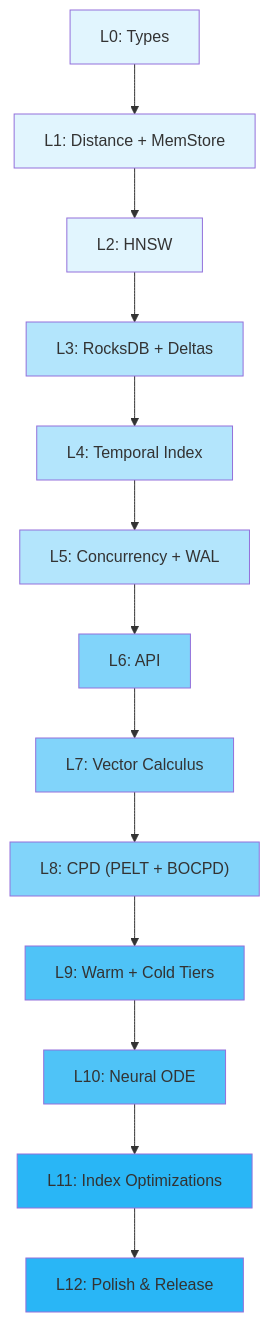
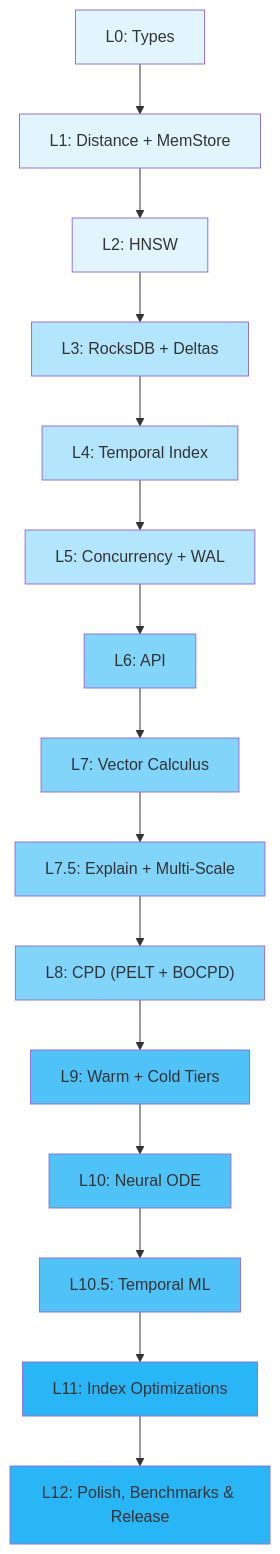
The second of 2 diagrams in design/CVX_Iterative_Roadmap.md (manucouto1/chronos-vector), drawn with Mermaid before and after one commit. The commit also changed other lines of this file and 16 other files, not shown here.

````diff
--- a/design/CVX_Iterative_Roadmap.md
+++ b/design/CVX_Iterative_Roadmap.md
@@ -588,29 +718,33 @@
 ```mermaid
 graph TB
     L0["L0: Types"] --> L1["L1: Distance + MemStore"]
     L1 --> L2["L2: HNSW"]
     L2 --> L3["L3: RocksDB + Deltas"]
     L3 --> L4["L4: Temporal Index"]
     L4 --> L5["L5: Concurrency + WAL"]
     L5 --> L6["L6: API"]
     L6 --> L7["L7: Vector Calculus"]
-    L7 --> L8["L8: CPD (PELT + BOCPD)"]
+    L7 --> L75["L7.5: Explain + Multi-Scale"]
+    L75 --> L8["L8: CPD (PELT + BOCPD)"]
     L8 --> L9["L9: Warm + Cold Tiers"]
     L9 --> L10["L10: Neural ODE"]
-    L10 --> L11["L11: Index Optimizations"]
-    L11 --> L12["L12: Polish & Release"]
+    L10 --> L105["L10.5: Temporal ML"]
+    L105 --> L11["L11: Index Optimizations"]
+    L11 --> L12["L12: Polish, Benchmarks & Release"]
 
     style L0 fill:#e1f5fe
     style L1 fill:#e1f5fe
     style L2 fill:#e1f5fe
     style L3 fill:#b3e5fc
     style L4 fill:#b3e5fc
     style L5 fill:#b3e5fc
     style L6 fill:#81d4fa
     style L7 fill:#81d4fa
+    style L75 fill:#81d4fa
     style L8 fill:#81d4fa
     style L9 fill:#4fc3f7
     style L10 fill:#4fc3f7
+    style L105 fill:#4fc3f7
     style L11 fill:#29b6f6
     style L12 fill:#29b6f6
 ```
````
